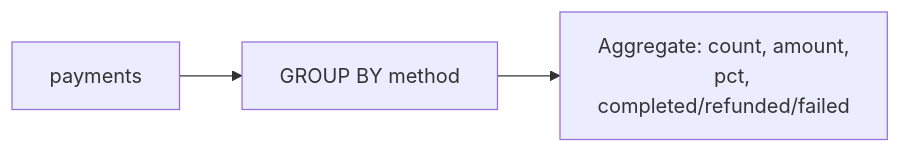
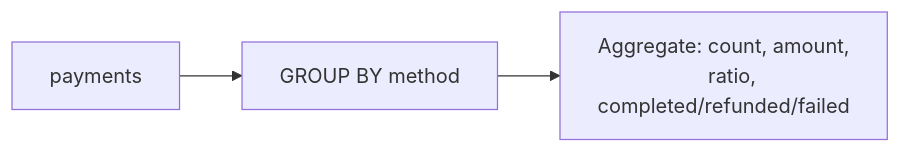
Before and after one commit to civilian7/sql-tutorial: the tenth of 18 diagrams in docs/en/schema/views.md, drawn with Mermaid. The commit also changed other lines of this file and 121 other files, not shown here.

````diff
--- a/docs/en/schema/views.md
+++ b/docs/en/schema/views.md
@@ -988,6 +1002,6 @@
 ```mermaid
 flowchart LR
     A["payments"] --> B["GROUP BY method"]
     B --> C["Aggregate: count, amount,
-    pct, completed/refunded/failed"]
+    ratio, completed/refunded/failed"]
 ```
````
